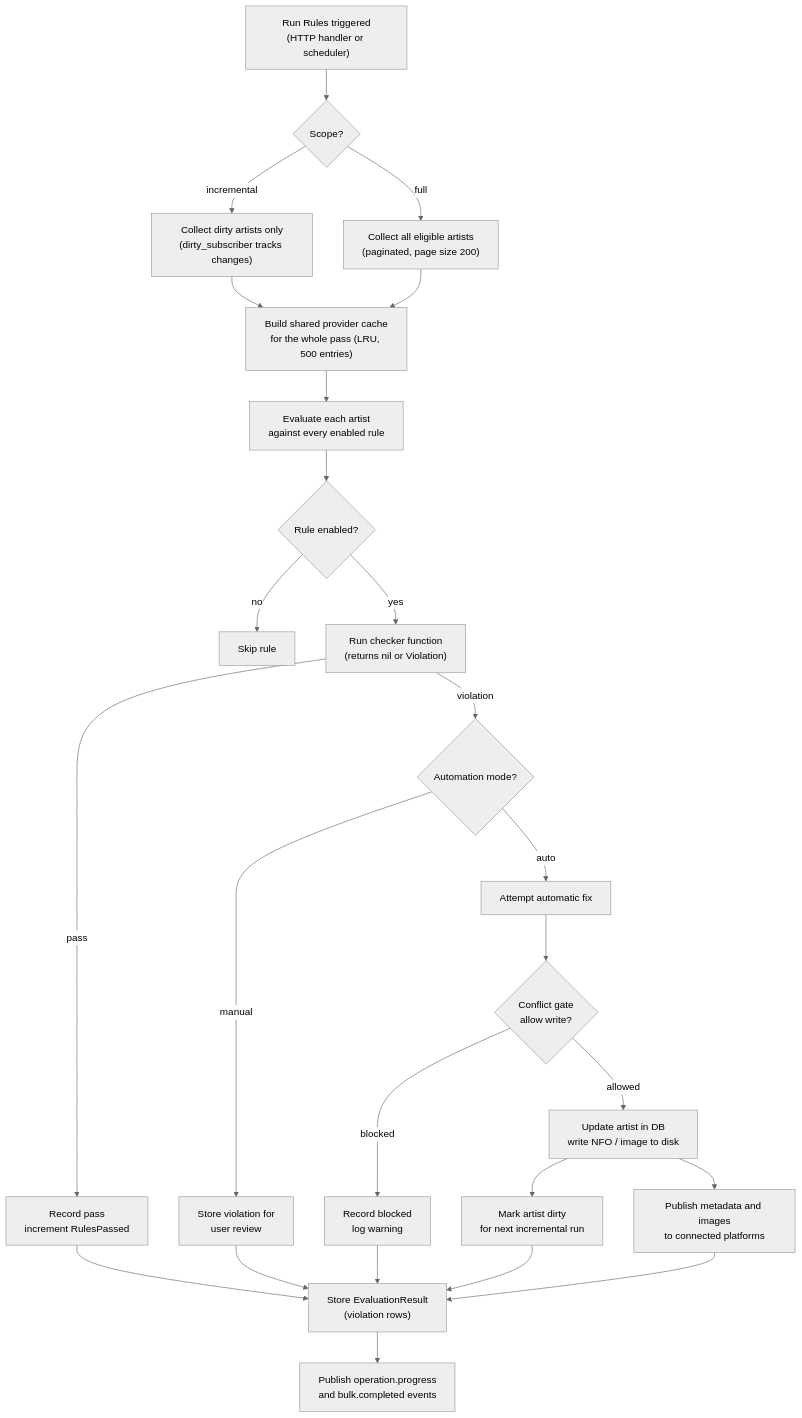
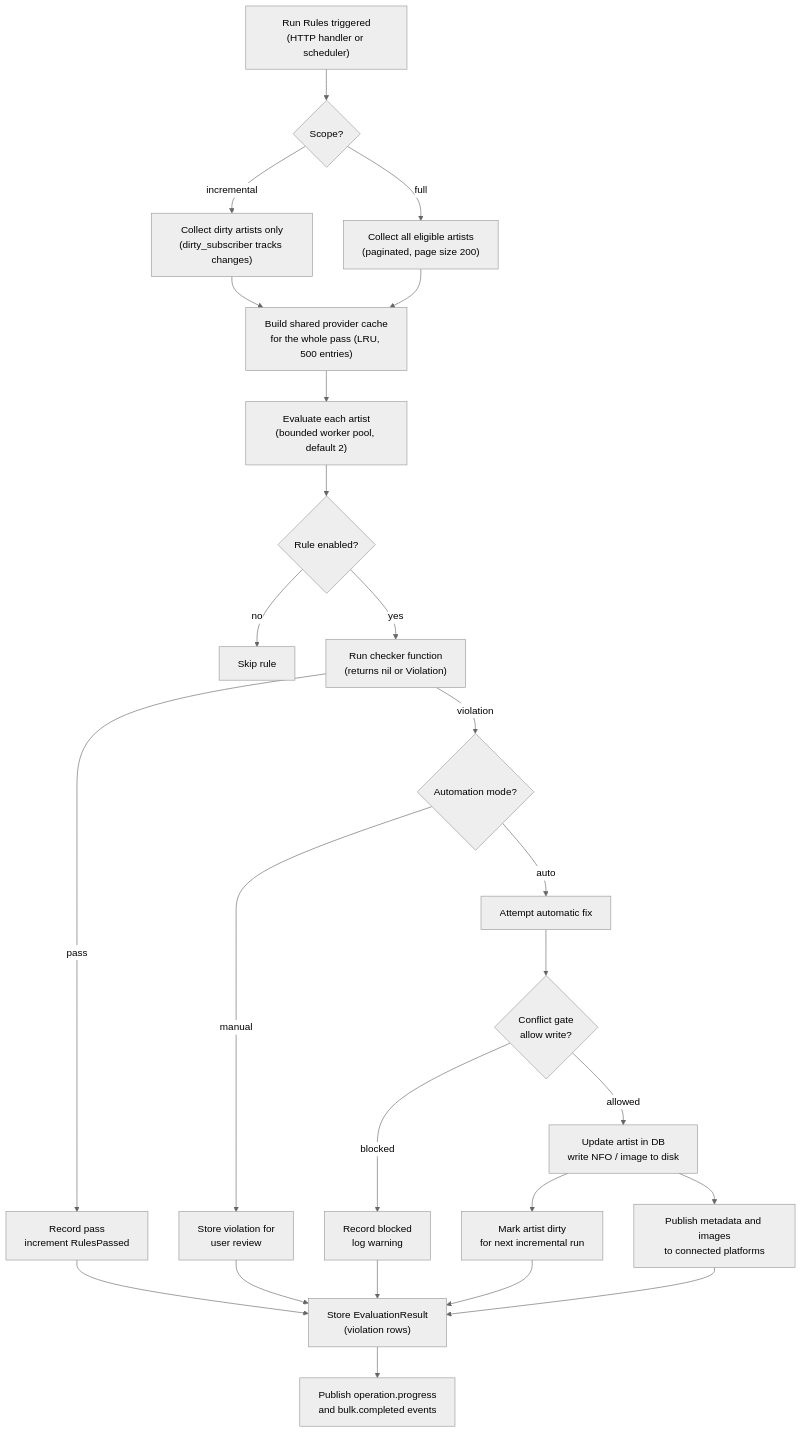
Before and after one commit to sydlexius/stillwater: the diagram in docs/site/src/contributing/architecture/rule-engine.md, drawn with Mermaid (neutral theme). The commit also changed other lines of this file and 9 other files, not shown here.

First line of the commit message:
feat(rule): bounded artist-level parallelism for rule passes (#1748)

````diff
--- a/docs/site/src/contributing/architecture/rule-engine.md
+++ b/docs/site/src/contributing/architecture/rule-engine.md
@@ -24,48 +24,48 @@
 ```mermaid
 flowchart TD
     Trigger["Run Rules triggered\n(HTTP handler or scheduler)"]
     Scope{"Scope?"}
     Incremental["Collect dirty artists only\n(dirty_subscriber tracks changes)"]
     All["Collect all eligible artists\n(paginated, page size 200)"]
     PassCtx["Build shared provider cache\nfor the whole pass (LRU, 500 entries)"]
-    EvalLoop["Evaluate each artist\nagainst every enabled rule"]
+    EvalLoop["Evaluate each artist\n(bounded worker pool, default 2)"]
     CheckEnabled{"Rule enabled?"}
     SkipRule["Skip rule"]
     RunChecker["Run checker function\n(returns nil or Violation)"]
     NoViolation["Record pass\nincrement RulesPassed"]
     AutoMode{"Automation mode?"}
     ManualMode["Store violation for\nuser review"]
     FixAttempt["Attempt automatic fix"]
     ConflictGate{"Conflict gate\nallow write?"}
     Blocked["Record blocked\nlog warning"]
     PersistFix["Update artist in DB\nwrite NFO / image to disk"]
     PublishFix["Publish metadata and images\nto connected platforms"]
     MarkDirty["Mark artist dirty\nfor next incremental run"]
     StoreResult["Store EvaluationResult\n(violation rows)"]
     BusEvent["Publish operation.progress\nand bulk.completed events"]
 
     Trigger --> Scope
     Scope -->|incremental| Incremental
     Scope -->|full| All
     Incremental --> PassCtx
     All --> PassCtx
     PassCtx --> EvalLoop
     EvalLoop --> CheckEnabled
     CheckEnabled -->|no| SkipRule
     CheckEnabled -->|yes| RunChecker
     RunChecker -->|pass| NoViolation
     RunChecker -->|violation| AutoMode
     AutoMode -->|manual| ManualMode
     AutoMode -->|auto| FixAttempt
     FixAttempt --> ConflictGate
     ConflictGate -->|blocked| Blocked
     ConflictGate -->|allowed| PersistFix
     PersistFix --> PublishFix
     PersistFix --> MarkDirty
     NoViolation --> StoreResult
     ManualMode --> StoreResult
     Blocked --> StoreResult
     MarkDirty --> StoreResult
     PublishFix --> StoreResult
     StoreResult --> BusEvent
 ```
````
